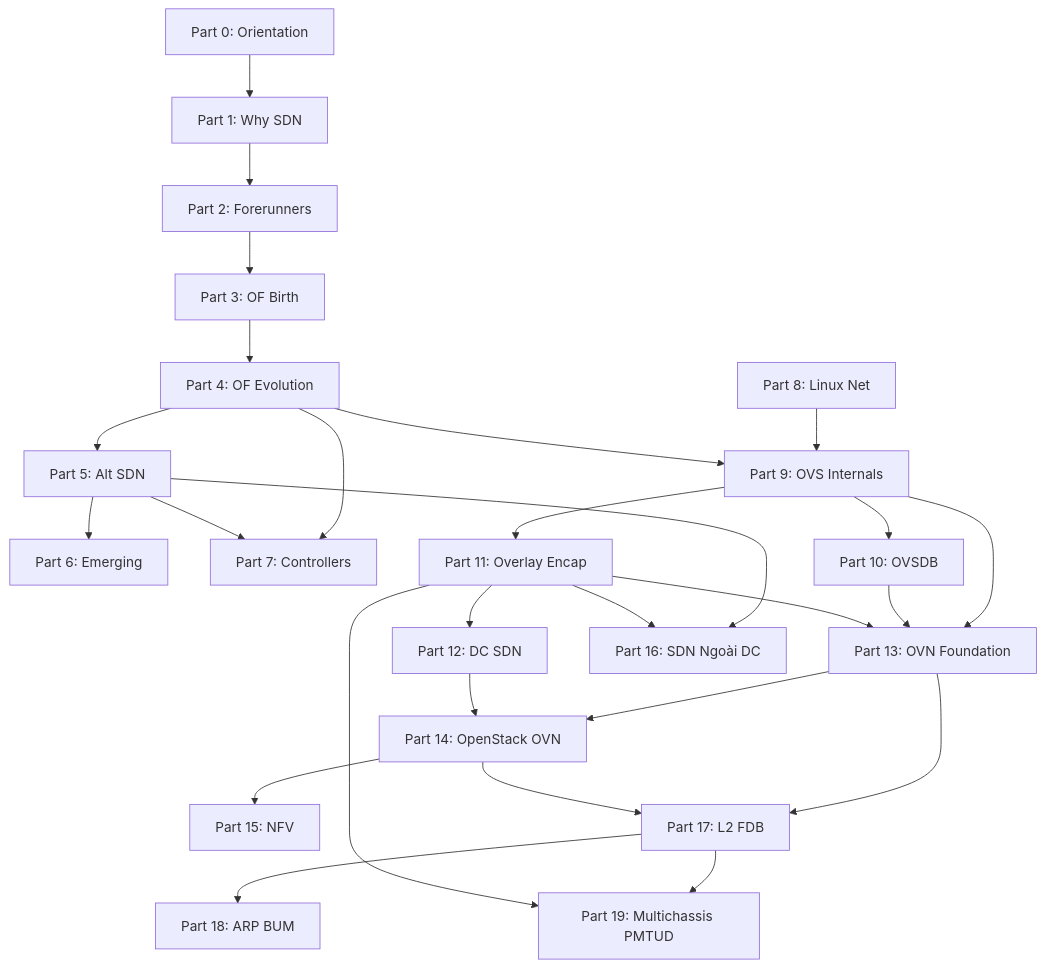
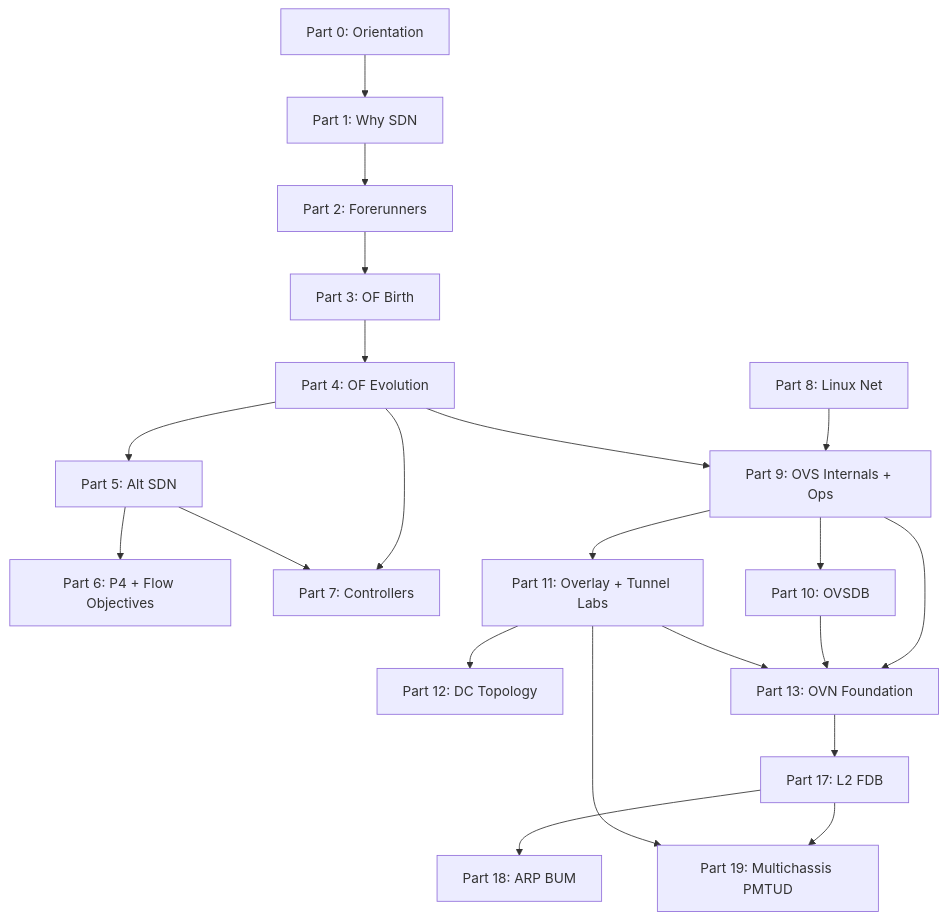
The diagram in plans/sdn-foundation-architecture.md (volehuy1998/network-onboard), drawn with Mermaid before and after one commit. The commit also changed other lines of this file and 6 other files, not shown here.

````diff
--- a/plans/sdn-foundation-architecture.md
+++ b/plans/sdn-foundation-architecture.md
@@ -1383,50 +1383,41 @@
 ```mermaid
 graph TD
   P0[Part 0: Orientation]
   P1[Part 1: Why SDN]
   P2[Part 2: Forerunners]
   P3[Part 3: OF Birth]
   P4[Part 4: OF Evolution]
   P5[Part 5: Alt SDN]
-  P6[Part 6: Emerging]
+  P6[Part 6: P4 + Flow Objectives]
   P7[Part 7: Controllers]
   P8[Part 8: Linux Net]
-  P9[Part 9: OVS Internals]
+  P9[Part 9: OVS Internals + Ops]
   P10[Part 10: OVSDB]
-  P11[Part 11: Overlay Encap]
-  P12[Part 12: DC SDN]
+  P11[Part 11: Overlay + Tunnel Labs]
+  P12[Part 12: DC Topology]
   P13[Part 13: OVN Foundation]
-  P14[Part 14: OpenStack OVN]
-  P15[Part 15: NFV]
-  P16[Part 16: SDN Ngoài DC]
   P17[Part 17: L2 FDB]
   P18[Part 18: ARP BUM]
   P19[Part 19: Multichassis PMTUD]
 
   P0 --> P1
   P1 --> P2
   P2 --> P3
   P3 --> P4
   P4 --> P5
   P4 --> P7
   P5 --> P6
   P5 --> P7
   P8 --> P9
   P9 --> P10
   P9 --> P11
   P4 --> P9
   P11 --> P12
   P9 --> P13
   P10 --> P13
   P11 --> P13
-  P13 --> P14
-  P12 --> P14
-  P14 --> P15
-  P5 --> P16
-  P11 --> P16
   P13 --> P17
-  P14 --> P17
   P17 --> P18
   P17 --> P19
   P11 --> P19
 ```
````
